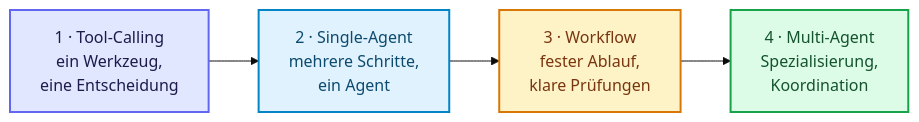
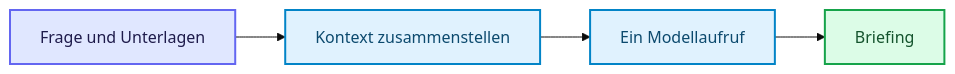
Before and after one commit to ralf-42/Agenten: the first of 8 diagrams in docs/04-agenten-implementierung/entwurf/agent-architekturen.md, drawn with Mermaid (base theme). The commit also changed other lines of this file and 12 other files, not shown here.

````diff
--- a/docs/04-agenten-implementierung/entwurf/agent-architekturen.md
+++ b/docs/04-agenten-implementierung/entwurf/agent-architekturen.md
@@ -59,15 +57,10 @@
 ```mermaid
 flowchart LR
-    A["1 · Tool-Calling<br/>ein Werkzeug,<br/>eine Entscheidung"] --> B["2 · Single-Agent<br/>mehrere Schritte,<br/>ein Agent"]
-    B --> C["3 · Workflow<br/>fester Ablauf,<br/>klare Prüfungen"]
-    C --> D["4 · Multi-Agent<br/>Spezialisierung,<br/>Koordination"]
-
+    Q["Frage und Unterlagen"] --> C["Kontext zusammenstellen"]
+    C --> L["Ein Modellaufruf"] --> B["Briefing"]
     classDef default fill:#e0f2fe,stroke:#0284c7,stroke-width:2px,color:#0c4a6e;
     classDef input fill:#e0e7ff,stroke:#6366f1,stroke-width:2px,color:#1e1b4b;
-    classDef metric fill:#fef3c7,stroke:#d97706,stroke-width:2px,color:#78350f;
     classDef output fill:#dcfce7,stroke:#16a34a,stroke-width:2px,color:#14532d;
-
-    class A input;
-    class C metric;
-    class D output;
+    class Q input;
+    class B output;
 ```
````
